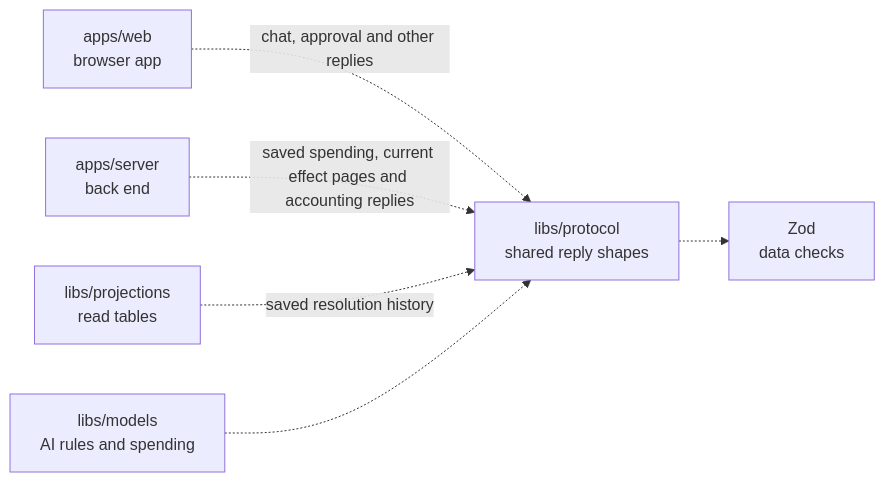
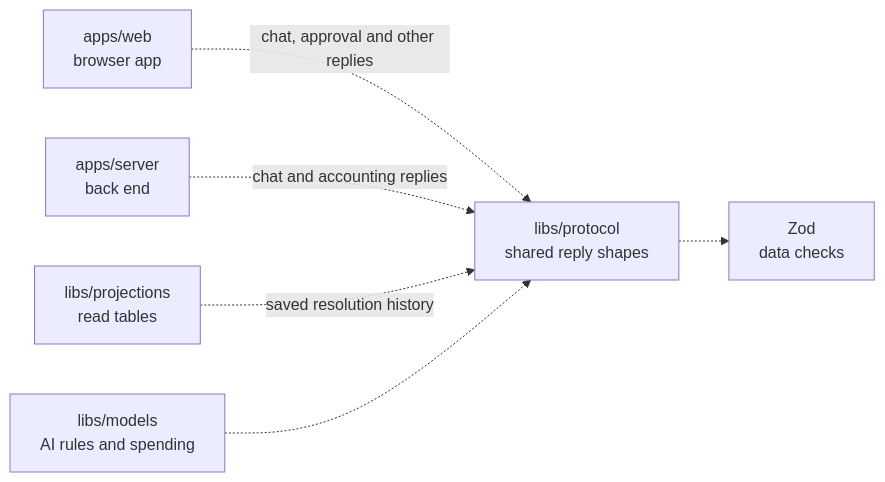
Before and after one commit to elewa-git/opencrane-new: the diagram in libs/protocol/README.md, drawn with Mermaid. The commit also changed other lines of this file and 12 other files, not shown here.

Commit message:
🔒 Deliver completed private replies through bounded server memory

````diff
--- a/libs/protocol/README.md
+++ b/libs/protocol/README.md
@@ -34,8 +34,8 @@
 ```mermaid
 flowchart LR
   web["apps/web<br/>browser app"] -.->|chat, approval and other replies| protocol["libs/protocol<br/>shared reply shapes"]
-  server["apps/server<br/>back end"] -.->|saved spending, current effect pages and accounting replies| protocol
+  server["apps/server<br/>back end"] -.->|chat and accounting replies| protocol
   projections["libs/projections<br/>read tables"] -.->|saved resolution history| protocol
   models["libs/models<br/>AI rules and spending"] -.-> protocol
   protocol -.-> zod["Zod<br/>data checks"]
 ```
````
